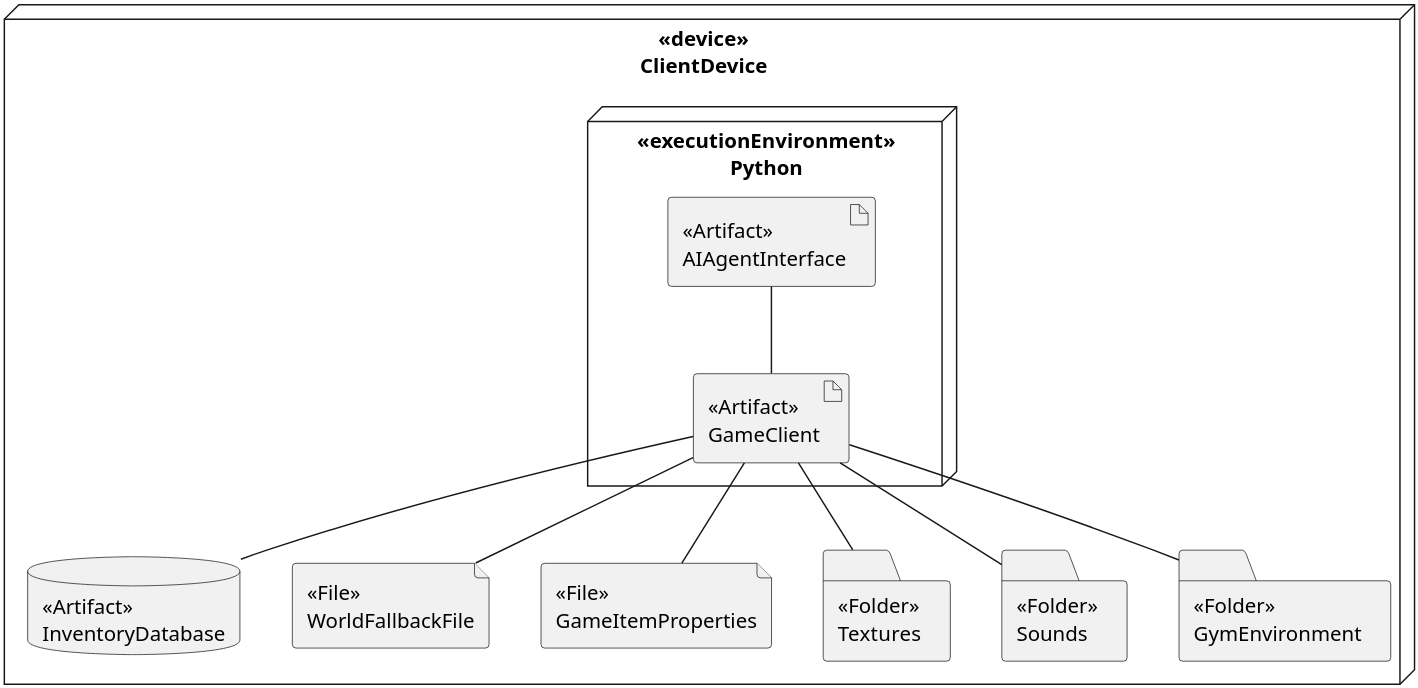
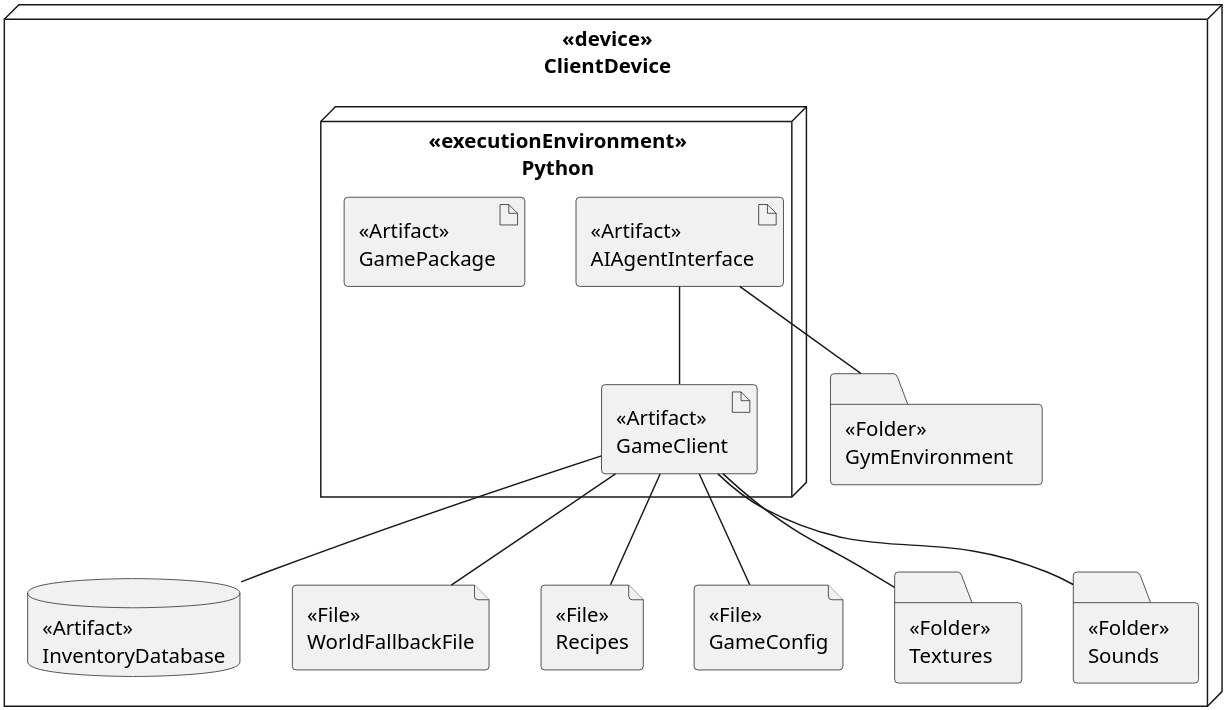
One commit to 2333263/ScrumDogMillionaires changed the diagram in Diagrams/sem2deployment.puml. Above: the diagram before and after it, drawn with PlantUML. The commit also changed 2 other files, not shown here.

```diff
--- a/Diagrams/sem2deployment.puml
+++ b/Diagrams/sem2deployment.puml
@@ -1,43 +1,52 @@
 @startuml deployment
 skinparam Dpi 350
 skinparam Monochrome true
 skinparam Shadowing false
 
 node <<device>>\nClientDevice as ClientDevice  { 
 node <<executionEnvironment>>\nPython as Python {
     artifact <<Artifact>>\nGameClient as GameClient{
 
     }
     artifact <<Artifact>>\nAIAgentInterface as AIAgentInterface{
 
     }
+    artifact <<Artifact>>\nGamePackage as GamePackage{
+
+    }
 }
 database <<Artifact>>\nInventoryDatabase as InventoryDatabase {
     
 }
 
+
 file <<File>>\nWorldFallbackFile as WorldFile{
 
 }
 
-file <<File>>\nGameItemProperties as GameItems {
+file <<File>>\nRecipes as Recipes {
+    
+}
+
+file <<File>>\nGameConfig as Config {
     
 }
 folder <<Folder>>\nTextures as Textures {
 
 }
 folder <<Folder>>\nSounds as Sounds {
 
 }
 folder <<Folder>>\nGymEnvironment as GymEnvironment {
 
 }
 }
 GameClient -- InventoryDatabase
 GameClient -- WorldFile
 GameClient -- Textures
 GameClient -- Sounds
-GameClient -- GymEnvironment
-GameClient -- GameItems
+GameClient -- Recipes
+GameClient -- Config
+AIAgentInterface -- GymEnvironment
 AIAgentInterface -- GameClient
 @enduml
```
